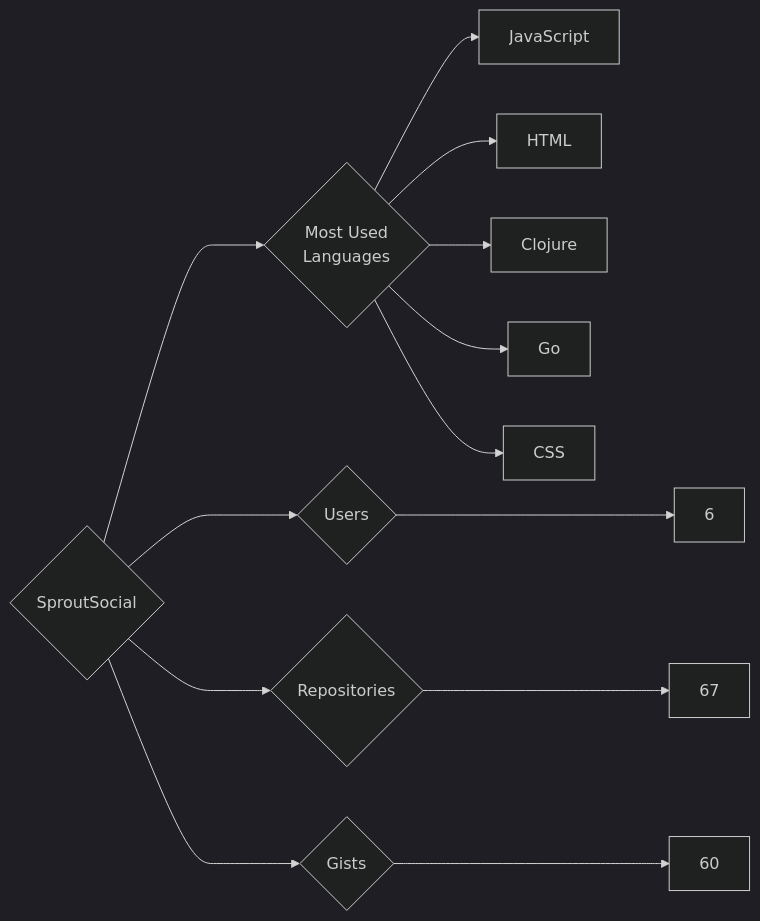
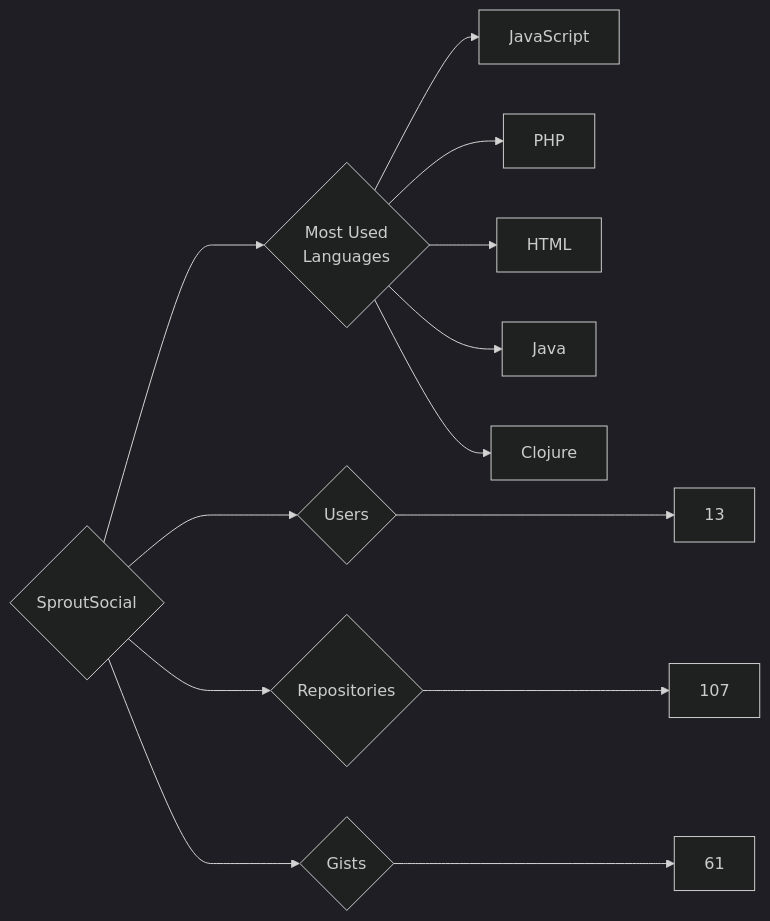
One commit to trickest/insiders changed the diagram in targets/SproutSocial/README.md. Above: the diagram before and after it, drawn with Mermaid (dark theme). The commit also changed 1696 other files, not shown here.

````diff
--- a/targets/SproutSocial/README.md
+++ b/targets/SproutSocial/README.md
@@ -3,13 +3,13 @@
 ```mermaid
 graph LR
 COMPANY_NAME{SproutSocial}
-COMPANY_NAME ---> U{Users} ---> UN[6]
-COMPANY_NAME ---> R{Repositories} ---> RN[67]
-COMPANY_NAME ---> G{Gists} ---> GN[60]
+COMPANY_NAME ---> U{Users} ---> UN[13]
+COMPANY_NAME ---> R{Repositories} ---> RN[107]
+COMPANY_NAME ---> G{Gists} ---> GN[61]
 COMPANY_NAME ---> ML{Most Used<br>Languages}
 ML --> JavaScript[JavaScript]
+ML --> PHP[PHP]
 ML --> HTML[HTML]
+ML --> Java[Java]
 ML --> Clojure[Clojure]
-ML --> Go[Go]
-ML --> CSS[CSS]
 ```
````
